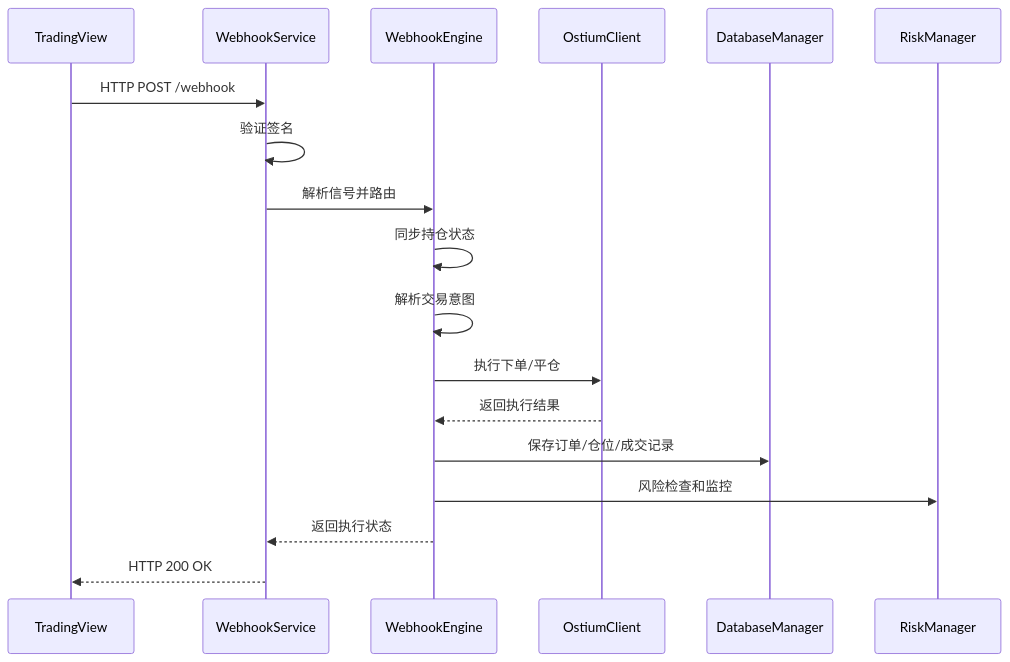
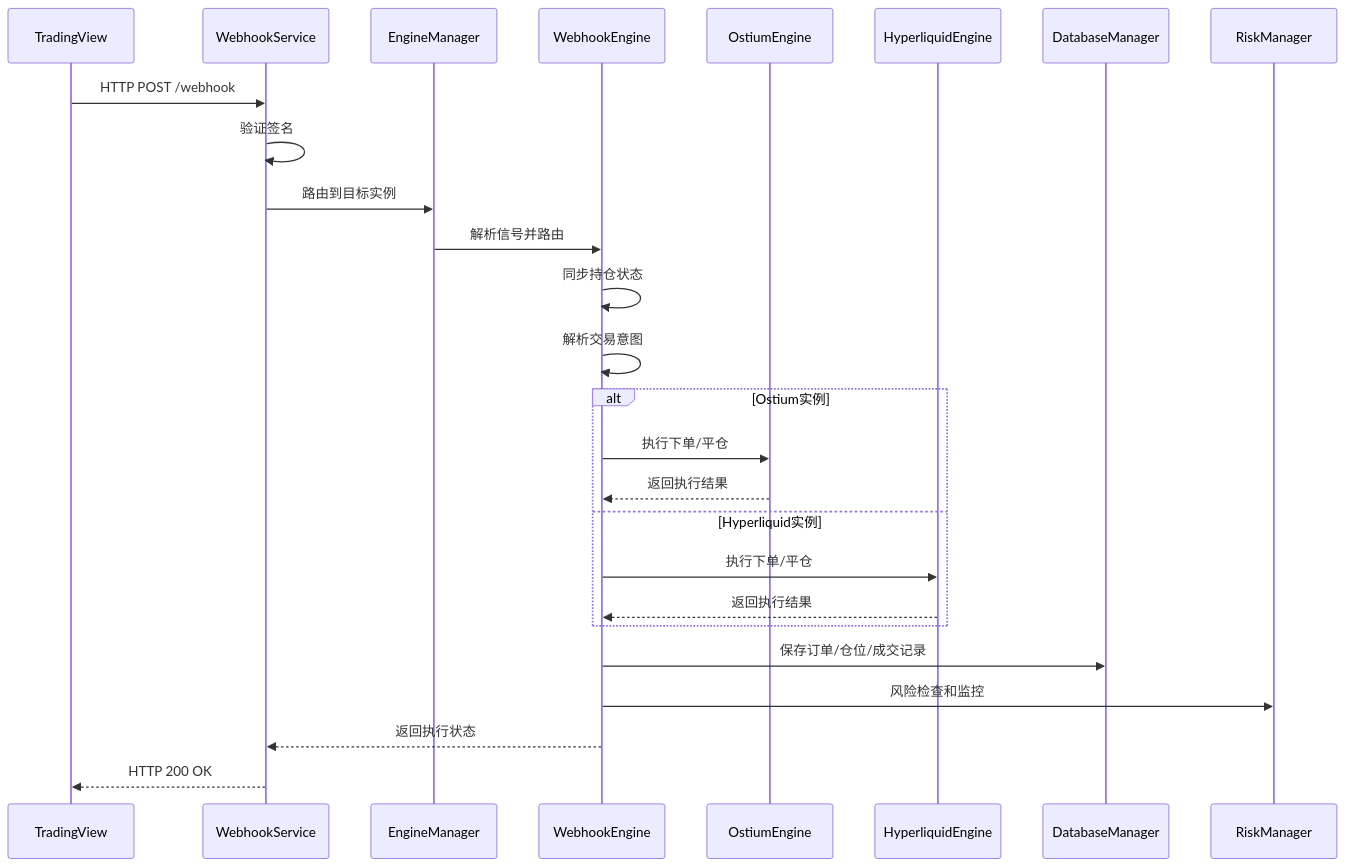
Before and after one commit to zyf266/ending: the second of 7 diagrams in .qoder/repowiki/zh/content/核心模块详解/交易引擎/Webhook交易引擎.md, drawn with Mermaid. The commit also changed other lines of this file and 63 other files, not shown here.

````diff
--- a/.qoder/repowiki/zh/content/核心模块详解/交易引擎/Webhook交易引擎.md
+++ b/.qoder/repowiki/zh/content/核心模块详解/交易引擎/Webhook交易引擎.md
@@ -137,20 +171,28 @@
 ```mermaid
 sequenceDiagram
 participant TV as TradingView
 participant WS as WebhookService
+participant EM as EngineManager
 participant WE as WebhookEngine
-participant OC as OstiumClient
+participant OE as OstiumEngine
+participant HE as HyperliquidEngine
 participant DB as DatabaseManager
 participant RM as RiskManager
 TV->>WS : HTTP POST /webhook
 WS->>WS : 验证签名
-WS->>WE : 解析信号并路由
+WS->>EM : 路由到目标实例
+EM->>WE : 解析信号并路由
 WE->>WE : 同步持仓状态
 WE->>WE : 解析交易意图
-WE->>OC : 执行下单/平仓
-OC-->>WE : 返回执行结果
+alt Ostium实例
+WE->>OE : 执行下单/平仓
+OE-->>WE : 返回执行结果
+else Hyperliquid实例
+WE->>HE : 执行下单/平仓
+HE-->>WE : 返回执行结果
+end
 WE->>DB : 保存订单/仓位/成交记录
 WE->>RM : 风险检查和监控
 WE-->>WS : 返回执行状态
 WS-->>TV : HTTP 200 OK
 ```
````
